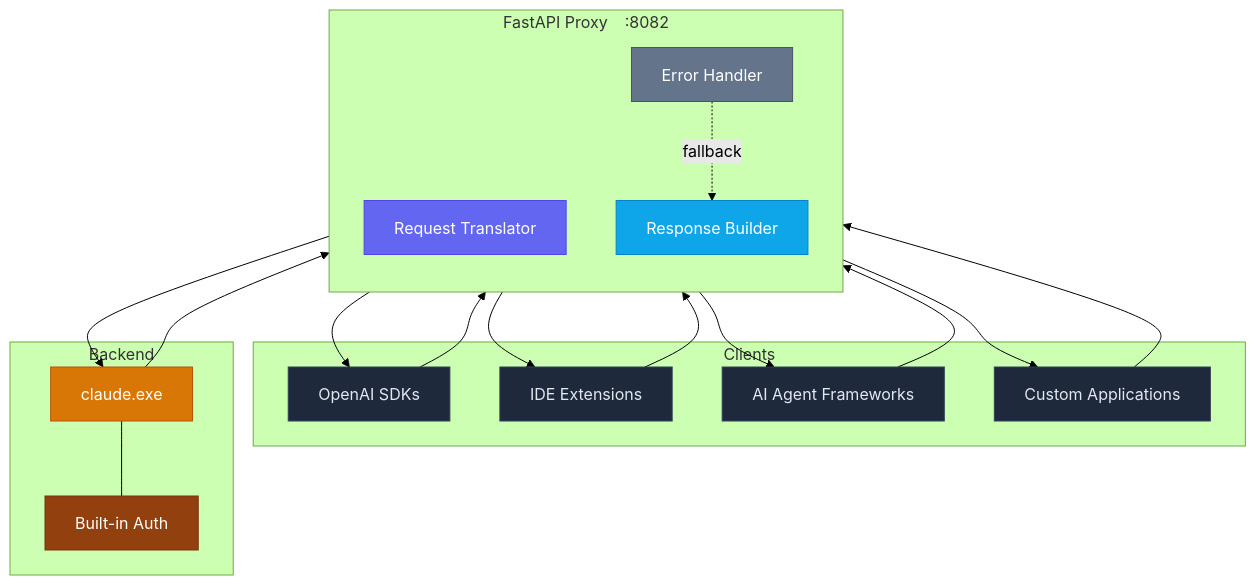
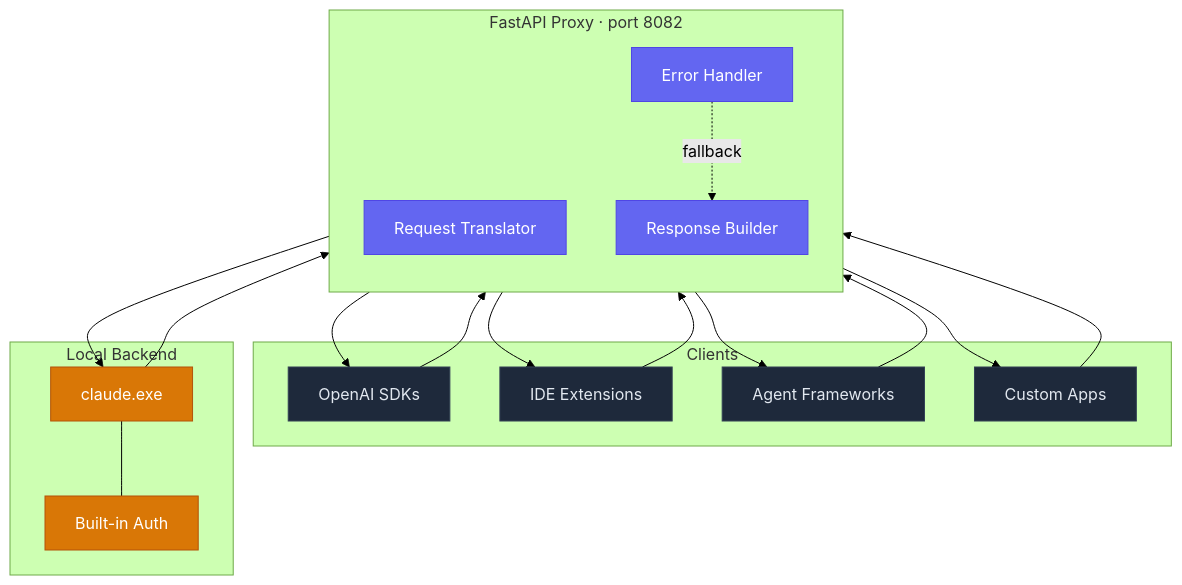
The first of 3 diagrams in README.md (MohammadAsadolahi/Claude-CLI-LLM-Proxy), drawn with Mermaid (forest theme) before and after one commit. The commit also changed other lines of this file, not shown here.

````diff
--- a/README.md
+++ b/README.md
@@ -68,38 +36,38 @@
 ```mermaid
 graph TB
     subgraph Clients
         C1["OpenAI SDKs"]
         C2["IDE Extensions"]
-        C3["AI Agent Frameworks"]
-        C4["Custom Applications"]
+        C3["Agent Frameworks"]
+        C4["Custom Apps"]
     end
 
-    subgraph Proxy["FastAPI Proxy &ensp; :8082"]
+    subgraph Proxy["FastAPI Proxy · port 8082"]
         direction TB
         P1["Request Translator"]
         P2["Response Builder"]
         P3["Error Handler"]
     end
 
-    subgraph Backend
+    subgraph Backend["Local Backend"]
         B1["claude.exe"]
         B2["Built-in Auth"]
     end
 
     C1 & C2 & C3 & C4 --> P1
     P1 --> B1
     B1 --> P2
     P2 --> C1 & C2 & C3 & C4
-    P3 -. "fallback" .-> P2
+    P3 -. fallback .-> P2
     B1 --- B2
 
     style P1 fill:#6366f1,stroke:#4f46e5,color:#fff
-    style P2 fill:#0ea5e9,stroke:#0284c7,color:#fff
-    style P3 fill:#64748b,stroke:#475569,color:#fff
+    style P2 fill:#6366f1,stroke:#4f46e5,color:#fff
+    style P3 fill:#6366f1,stroke:#4f46e5,color:#fff
     style B1 fill:#d97706,stroke:#b45309,color:#fff
-    style B2 fill:#92400e,stroke:#78350f,color:#fff
+    style B2 fill:#d97706,stroke:#b45309,color:#fff
     style C1 fill:#1e293b,stroke:#334155,color:#e2e8f0
     style C2 fill:#1e293b,stroke:#334155,color:#e2e8f0
     style C3 fill:#1e293b,stroke:#334155,color:#e2e8f0
     style C4 fill:#1e293b,stroke:#334155,color:#e2e8f0
 ```
````
